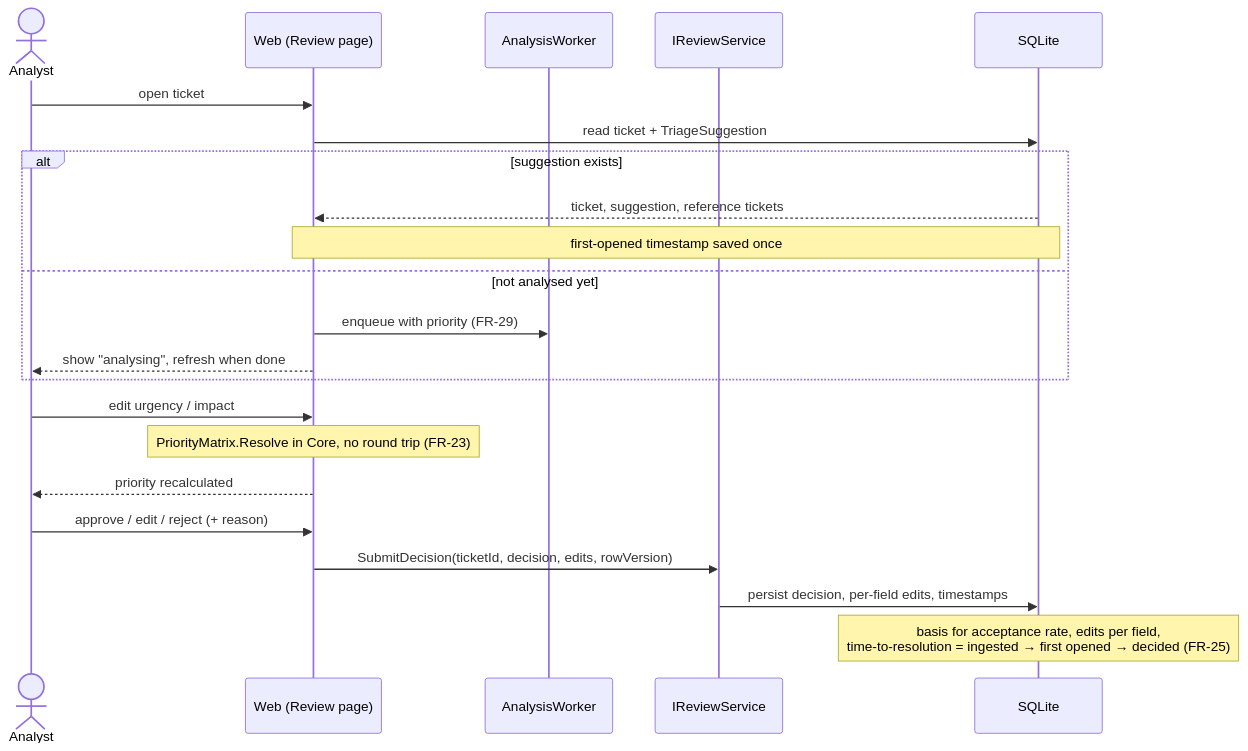
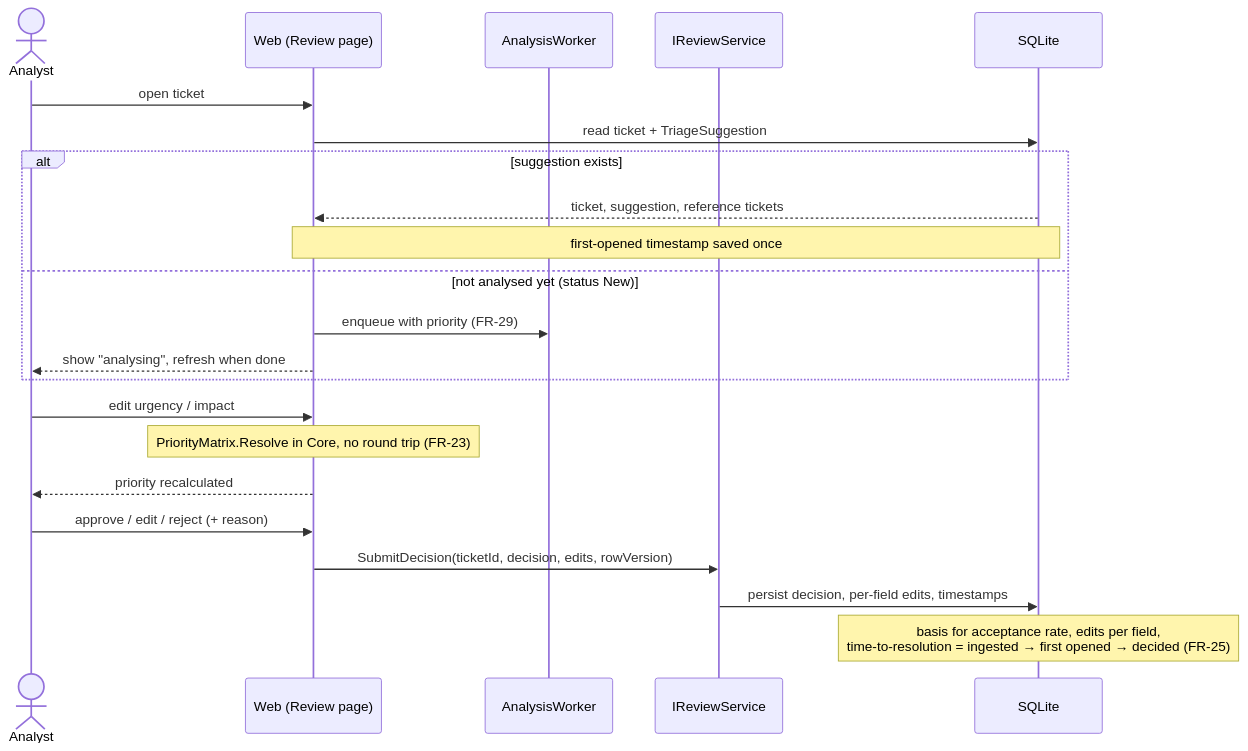
One commit to githubfawu/TriAIge changed the seventh of 7 diagrams in docs/architecture.md. Above: the diagram before and after it, drawn with Mermaid. The commit also changed other lines of this file and 51 other files, not shown here.

````diff
--- a/docs/architecture.md
+++ b/docs/architecture.md
@@ -233,25 +243,25 @@
 ```mermaid
 sequenceDiagram
     actor A as Analyst
     participant W as Web (Review page)
     participant Q as AnalysisWorker
     participant R as IReviewService
     participant D as SQLite
 
     A->>W: open ticket
     W->>D: read ticket + TriageSuggestion
     alt suggestion exists
         D-->>W: ticket, suggestion, reference tickets
         Note over W,D: first-opened timestamp saved once
-    else not analysed yet
+    else not analysed yet (status New)
         W->>Q: enqueue with priority (FR-29)
         W-->>A: show "analysing", refresh when done
     end
     A->>W: edit urgency / impact
     Note over W: PriorityMatrix.Resolve in Core, no round trip (FR-23)
     W-->>A: priority recalculated
     A->>W: approve / edit / reject (+ reason)
     W->>R: SubmitDecision(ticketId, decision, edits, rowVersion)
     R->>D: persist decision, per-field edits, timestamps
     Note over D: basis for acceptance rate, edits per field,<br/>time-to-resolution = ingested → first opened → decided (FR-25)
 ```
````
